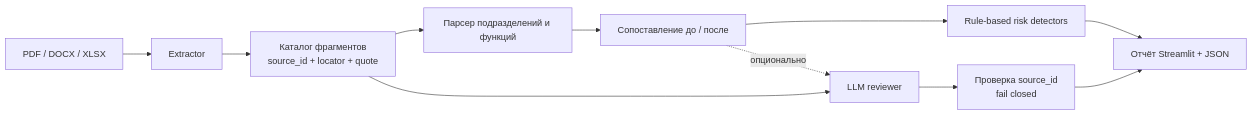
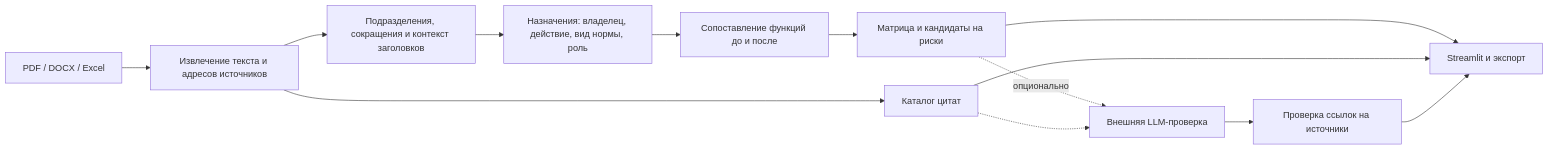
Before and after one commit to BAITC-Hacks/hack-0dd0a2e7-ai-qaitu: the diagram in README.md, drawn with Mermaid. The commit also changed other lines of this file and 16 other files, not shown here.

````diff
--- a/README.md
+++ b/README.md
@@ -55,13 +92,15 @@
 ```mermaid
 flowchart LR
-    U[PDF / DOCX / XLSX] --> E[Extractor]
-    E --> S[Каталог фрагментов<br/>source_id + locator + quote]
-    S --> P[Парсер подразделений и функций]
-    P --> M[Сопоставление до / после]
-    M --> R[Rule-based risk detectors]
-    M -. опционально .-> L[LLM reviewer]
-    S --> L
-    L --> V[Проверка source_id<br/>fail closed]
-    R --> O[Отчёт Streamlit + JSON]
-    V --> O
+    A[PDF / DOCX / Excel] --> B[Извлечение текста и адресов источников]
+    B --> C[Подразделения, сокращения и контекст заголовков]
+    C --> D[Назначения: владелец, действие, вид нормы, роль]
+    D --> E[Сопоставление функций до и после]
+    E --> F[Матрица и кандидаты на риски]
+    B --> G[Каталог цитат]
+    F --> H[Streamlit и экспорт]
+    G --> H
+    F -. опционально .-> I[Внешняя LLM-проверка]
+    G -.-> I
+    I --> J[Проверка ссылок на источники]
+    J --> H
 ```
````
